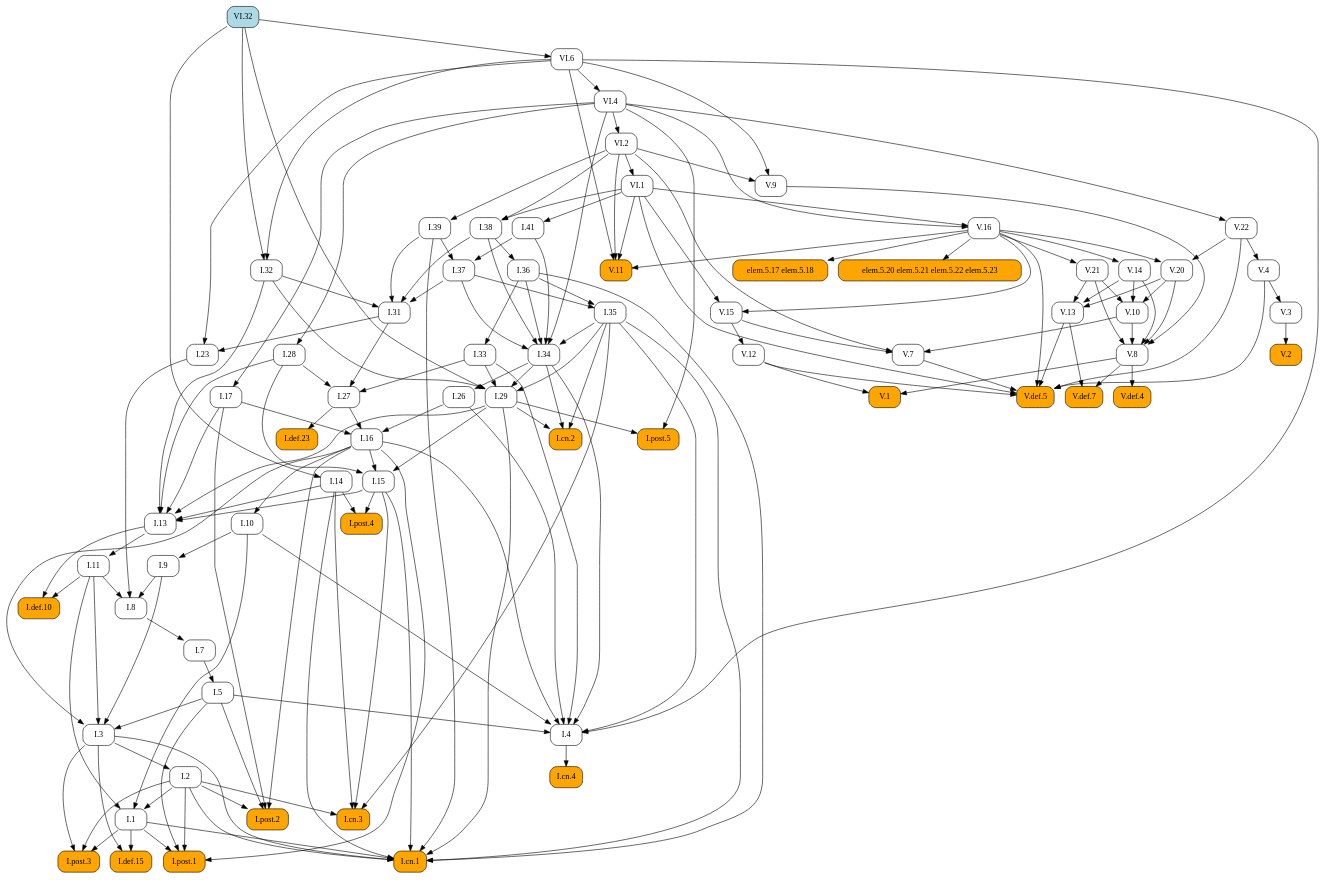
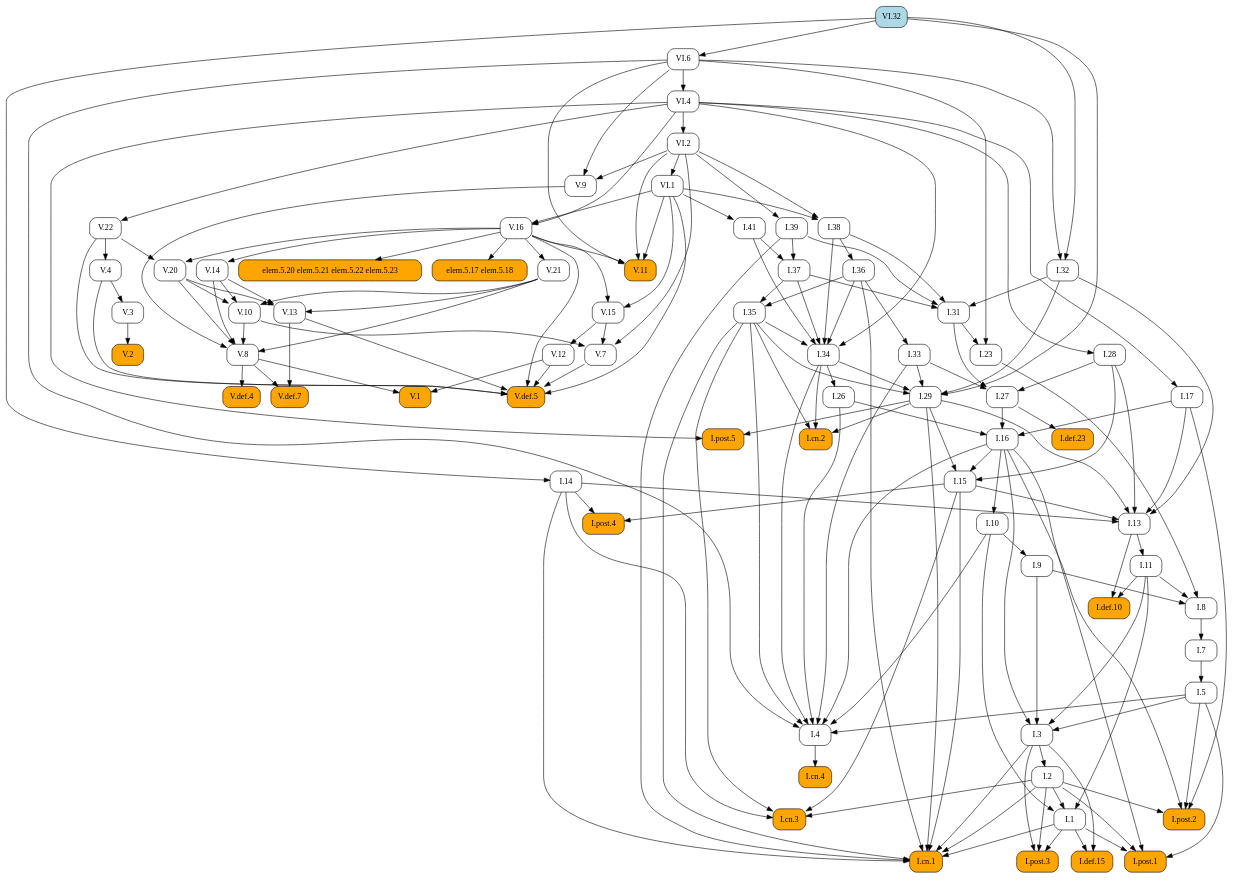
Before and after one commit to geometor/elements: the diagram in docsrc/elements2/VI/32/index.rst, drawn with Graphviz. The commit also changed other lines of this file and 171 other files, not shown here.

```diff
--- a/docsrc/elements2/VI/32/index.rst
+++ b/docsrc/elements2/VI/32/index.rst
@@ -84,159 +84,81 @@
    digraph {
      rankdir="TB";
      node [shape=box, style=rounded];
+     "I.8" [URL="/elements2/I/8/", target="_top"];
+     "V.20" [URL="/elements2/V/20/", target="_top"];
+     "I.36" [URL="/elements2/I/36/", target="_top"];
+     "V.def.5" [style="rounded,filled", fillcolor=orange, URL="/elements2/V/def.5/", target="_top"];
+     "I.38" [URL="/elements2/I/38/", target="_top"];
+     "I.post.5" [style="rounded,filled", fillcolor=orange, URL="/elements2/I/post.5/", target="_top"];
+     "I.def.10" [style="rounded,filled", fillcolor=orange, URL="/elements2/I/def.10/", target="_top"];
+     "I.cn.2" [style="rounded,filled", fillcolor=orange, URL="/elements2/I/cn.2/", target="_top"];
+     "I.31" [URL="/elements2/I/31/", target="_top"];
+     "I.post.2" [style="rounded,filled", fillcolor=orange, URL="/elements2/I/post.2/", target="_top"];
+     "I.def.23" [style="rounded,filled", fillcolor=orange, URL="/elements2/I/def.23/", target="_top"];
+     "I.26" [URL="/elements2/I/26/", target="_top"];
+     "V.3" [URL="/elements2/V/3/", target="_top"];
+     "I.cn.3" [style="rounded,filled", fillcolor=orange, URL="/elements2/I/cn.3/", target="_top"];
+     "V.2" [style="rounded,filled", fillcolor=orange, URL="/elements2/V/2/", target="_top"];
+     "V.12" [URL="/elements2/V/12/", target="_top"];
+     "V.22" [URL="/elements2/V/22/", target="_top"];
+     "VI.32" [style="rounded,filled", fillcolor=lightblue, URL="/elements2/VI/32/", target="_top"];
+     "I.41" [URL="/elements2/I/41/", target="_top"];
+     "I.35" [URL="/elements2/I/35/", target="_top"];
+     "I.28" [URL="/elements2/I/28/", target="_top"];
+     "I.27" [URL="/elements2/I/27/", target="_top"];
+     "I.4" [URL="/elements2/I/4/", target="_top"];
+     "V.8" [URL="/elements2/V/8/", target="_top"];
+     "VI.2" [URL="/elements2/VI/2/", target="_top"];
+     "I.39" [URL="/elements2/I/39/", target="_top"];
+     "I.15" [URL="/elements2/I/15/", target="_top"];
+     "I.34" [URL="/elements2/I/34/", target="_top"];
+     "I.post.3" [style="rounded,filled", fillcolor=orange, URL="/elements2/I/post.3/", target="_top"];
+     "I.32" [URL="/elements2/I/32/", target="_top"];
+     "V.def.4" [style="rounded,filled", fillcolor=orange, URL="/elements2/V/def.4/", target="_top"];
+     "I.14" [URL="/elements2/I/14/", target="_top"];
+     "I.post.1" [style="rounded,filled", fillcolor=orange, URL="/elements2/I/post.1/", target="_top"];
+     "I.33" [URL="/elements2/I/33/", target="_top"];
+     "I.5" [URL="/elements2/I/5/", target="_top"];
      "elem.5.17 elem.5.18" [style="rounded,filled", fillcolor=orange];
-     "V.7" [URL="/elements2/V/7/", target="_top"];
-     "I.32" [URL="/elements2/I/32/", target="_top"];
+     "VI.1" [URL="/elements2/VI/1/", target="_top"];
+     "V.11" [style="rounded,filled", fillcolor=orange, URL="/elements2/V/11/", target="_top"];
+     "V.13" [URL="/elements2/V/13/", target="_top"];
+     "V.9" [URL="/elements2/V/9/", target="_top"];
+     "V.16" [URL="/elements2/V/16/", target="_top"];
+     "I.def.15" [style="rounded,filled", fillcolor=orange, URL="/elements2/I/def.15/", target="_top"];
+     "V.15" [URL="/elements2/V/15/", target="_top"];
+     "I.11" [URL="/elements2/I/11/", target="_top"];
+     "I.3" [URL="/elements2/I/3/", target="_top"];
+     "V.14" [URL="/elements2/V/14/", target="_top"];
      "VI.4" [URL="/elements2/VI/4/", target="_top"];
+     "V.10" [URL="/elements2/V/10/", target="_top"];
+     "I.1" [URL="/elements2/I/1/", target="_top"];
      "I.cn.4" [style="rounded,filled", fillcolor=orange, URL="/elements2/I/cn.4/", target="_top"];
-     "I.post.3" [style="rounded,filled", fillcolor=orange, URL="/elements2/I/post.3/", target="_top"];
-     "V.22" [URL="/elements2/V/22/", target="_top"];
-     "V.def.7" [style="rounded,filled", fillcolor=orange, URL="/elements2/V/def.7/", target="_top"];
-     "I.41" [URL="/elements2/I/41/", target="_top"];
-     "I.27" [URL="/elements2/I/27/", target="_top"];
-     "I.post.2" [style="rounded,filled", fillcolor=orange, URL="/elements2/I/post.2/", target="_top"];
-     "I.13" [URL="/elements2/I/13/", target="_top"];
-     "I.10" [URL="/elements2/I/10/", target="_top"];
-     "I.post.1" [style="rounded,filled", fillcolor=orange, URL="/elements2/I/post.1/", target="_top"];
+     "I.23" [URL="/elements2/I/23/", target="_top"];
      "I.7" [URL="/elements2/I/7/", target="_top"];
-     "V.13" [URL="/elements2/V/13/", target="_top"];
-     "V.16" [URL="/elements2/V/16/", target="_top"];
-     "V.1" [style="rounded,filled", fillcolor=orange, URL="/elements2/V/1/", target="_top"];
-     "V.8" [URL="/elements2/V/8/", target="_top"];
-     "elem.5.20 elem.5.21 elem.5.22 elem.5.23" [style="rounded,filled", fillcolor=orange];
-     "I.9" [URL="/elements2/I/9/", target="_top"];
-     "I.8" [URL="/elements2/I/8/", target="_top"];
-     "I.38" [URL="/elements2/I/38/", target="_top"];
-     "I.15" [URL="/elements2/I/15/", target="_top"];
-     "I.23" [URL="/elements2/I/23/", target="_top"];
-     "I.26" [URL="/elements2/I/26/", target="_top"];
-     "V.4" [URL="/elements2/V/4/", target="_top"];
-     "VI.1" [URL="/elements2/VI/1/", target="_top"];
-     "I.1" [URL="/elements2/I/1/", target="_top"];
-     "I.3" [URL="/elements2/I/3/", target="_top"];
-     "I.cn.3" [style="rounded,filled", fillcolor=orange, URL="/elements2/I/cn.3/", target="_top"];
      "I.17" [URL="/elements2/I/17/", target="_top"];
      "VI.6" [URL="/elements2/VI/6/", target="_top"];
+     "I.9" [URL="/elements2/I/9/", target="_top"];
+     "V.1" [style="rounded,filled", fillcolor=orange, URL="/elements2/V/1/", target="_top"];
+     "I.cn.1" [style="rounded,filled", fillcolor=orange, URL="/elements2/I/cn.1/", target="_top"];
+     "I.29" [URL="/elements2/I/29/", target="_top"];
+     "I.post.4" [style="rounded,filled", fillcolor=orange, URL="/elements2/I/post.4/", target="_top"];
+     "I.16" [URL="/elements2/I/16/", target="_top"];
+     "I.13" [URL="/elements2/I/13/", target="_top"];
+     "V.21" [URL="/elements2/V/21/", target="_top"];
+     "elem.5.20 elem.5.21 elem.5.22 elem.5.23" [style="rounded,filled", fillcolor=orange];
+     "V.7" [URL="/elements2/V/7/", target="_top"];
+     "I.2" [URL="/elements2/I/2/", target="_top"];
      "I.37" [URL="/elements2/I/37/", target="_top"];
-     "I.def.10" [style="rounded,filled", fillcolor=orange, URL="/elements2/I/def.10/", target="_top"];
-     "VI.32" [style="rounded,filled", fillcolor=lightblue, URL="/elements2/VI/32/", target="_top"];
-     "I.34" [URL="/elements2/I/34/", target="_top"];
-     "V.def.5" [style="rounded,filled", fillcolor=orange, URL="/elements2/V/def.5/", target="_top"];
-     "I.def.15" [style="rounded,filled", fillcolor=orange, URL="/elements2/I/def.15/", target="_top"];
-     "I.28" [URL="/elements2/I/28/", target="_top"];
-     "I.36" [URL="/elements2/I/36/", target="_top"];
-     "V.10" [URL="/elements2/V/10/", target="_top"];
-     "V.14" [URL="/elements2/V/14/", target="_top"];
-     "V.15" [URL="/elements2/V/15/", target="_top"];
-     "I.14" [URL="/elements2/I/14/", target="_top"];
-     "I.11" [URL="/elements2/I/11/", target="_top"];
-     "I.4" [URL="/elements2/I/4/", target="_top"];
-     "I.16" [URL="/elements2/I/16/", target="_top"];
-     "I.def.23" [style="rounded,filled", fillcolor=orange, URL="/elements2/I/def.23/", target="_top"];
-     "V.21" [URL="/elements2/V/21/", target="_top"];
-     "I.2" [URL="/elements2/I/2/", target="_top"];
-     "I.cn.2" [style="rounded,filled", fillcolor=orange, URL="/elements2/I/cn.2/", target="_top"];
-     "I.post.5" [style="rounded,filled", fillcolor=orange, URL="/elements2/I/post.5/", target="_top"];
-     "VI.2" [URL="/elements2/VI/2/", target="_top"];
-     "V.3" [URL="/elements2/V/3/", target="_top"];
-     "V.def.4" [style="rounded,filled", fillcolor=orange, URL="/elements2/V/def.4/", target="_top"];
-     "I.35" [URL="/elements2/I/35/", target="_top"];
-     "V.11" [style="rounded,filled", fillcolor=orange, URL="/elements2/V/11/", target="_top"];
-     "V.2" [style="rounded,filled", fillcolor=orange, URL="/elements2/V/2/", target="_top"];
-     "I.31" [URL="/elements2/I/31/", target="_top"];
-     "I.33" [URL="/elements2/I/33/", target="_top"];
-     "I.post.4" [style="rounded,filled", fillcolor=orange, URL="/elements2/I/post.4/", target="_top"];
-     "I.39" [URL="/elements2/I/39/", target="_top"];
-     "I.cn.1" [style="rounded,filled", fillcolor=orange, URL="/elements2/I/cn.1/", target="_top"];
-     "V.9" [URL="/elements2/V/9/", target="_top"];
-     "I.29" [URL="/elements2/I/29/", target="_top"];
-     "I.5" [URL="/elements2/I/5/", target="_top"];
-     "V.12" [URL="/elements2/V/12/", target="_top"];
-     "V.20" [URL="/elements2/V/20/", target="_top"];
-     "V.16" -> "elem.5.17 elem.5.18";
-     "V.10" -> "V.7";
-     "V.15" -> "V.7";
-     "VI.2" -> "V.7";
-     "VI.6" -> "I.32";
-     "VI.32" -> "I.32";
-     "VI.6" -> "VI.4";
-     "I.4" -> "I.cn.4";
-     "I.1" -> "I.post.3";
-     "I.2" -> "I.post.3";
-     "I.3" -> "I.post.3";
-     "VI.4" -> "V.22";
-     "V.8" -> "V.def.7";
-     "V.13" -> "V.def.7";
-     "VI.1" -> "I.41";
-     "I.28" -> "I.27";
-     "I.31" -> "I.27";
-     "I.33" -> "I.27";
-     "I.2" -> "I.post.2";
-     "I.5" -> "I.post.2";
-     "I.16" -> "I.post.2";
-     "I.17" -> "I.post.2";
-     "I.14" -> "I.13";
-     "I.15" -> "I.13";
-     "I.17" -> "I.13";
-     "I.28" -> "I.13";
-     "I.29" -> "I.13";
-     "I.32" -> "I.13";
-     "I.16" -> "I.10";
-     "I.1" -> "I.post.1";
-     "I.2" -> "I.post.1";
-     "I.5" -> "I.post.1";
-     "I.16" -> "I.post.1";
-     "I.8" -> "I.7";
-     "V.14" -> "V.13";
-     "V.20" -> "V.13";
-     "V.21" -> "V.13";
-     "VI.1" -> "V.16";
-     "VI.4" -> "V.16";
-     "V.8" -> "V.1";
-     "V.12" -> "V.1";
-     "V.9" -> "V.8";
-     "V.10" -> "V.8";
-     "V.14" -> "V.8";
-     "V.20" -> "V.8";
-     "V.21" -> "V.8";
-     "V.16" -> "elem.5.20 elem.5.21 elem.5.22 elem.5.23";
-     "I.10" -> "I.9";
+     "I.10" [URL="/elements2/I/10/", target="_top"];
+     "V.def.7" [style="rounded,filled", fillcolor=orange, URL="/elements2/V/def.7/", target="_top"];
+     "V.4" [URL="/elements2/V/4/", target="_top"];
      "I.9" -> "I.8";
      "I.11" -> "I.8";
      "I.23" -> "I.8";
-     "VI.1" -> "I.38";
-     "VI.2" -> "I.38";
-     "I.16" -> "I.15";
-     "I.28" -> "I.15";
-     "I.29" -> "I.15";
-     "I.31" -> "I.23";
-     "VI.6" -> "I.23";
-     "I.34" -> "I.26";
-     "V.22" -> "V.4";
-     "VI.2" -> "VI.1";
-     "I.2" -> "I.1";
-     "I.10" -> "I.1";
-     "I.11" -> "I.1";
-     "I.5" -> "I.3";
-     "I.9" -> "I.3";
-     "I.11" -> "I.3";
-     "I.16" -> "I.3";
-     "I.2" -> "I.cn.3";
-     "I.14" -> "I.cn.3";
-     "I.15" -> "I.cn.3";
-     "I.35" -> "I.cn.3";
-     "VI.4" -> "I.17";
-     "VI.32" -> "VI.6";
-     "I.39" -> "I.37";
-     "I.41" -> "I.37";
-     "I.11" -> "I.def.10";
-     "I.13" -> "I.def.10";
-     "I.35" -> "I.34";
-     "I.36" -> "I.34";
-     "I.37" -> "I.34";
-     "I.38" -> "I.34";
-     "I.41" -> "I.34";
-     "VI.4" -> "I.34";
+     "V.16" -> "V.20";
+     "V.22" -> "V.20";
+     "I.38" -> "I.36";
      "V.4" -> "V.def.5";
      "V.7" -> "V.def.5";
      "V.12" -> "V.def.5";
@@ -244,18 +166,40 @@
      "V.16" -> "V.def.5";
      "V.22" -> "V.def.5";
      "VI.1" -> "V.def.5";
-     "I.1" -> "I.def.15";
-     "I.3" -> "I.def.15";
+     "VI.1" -> "I.38";
+     "VI.2" -> "I.38";
+     "I.29" -> "I.post.5";
+     "VI.4" -> "I.post.5";
+     "I.11" -> "I.def.10";
+     "I.13" -> "I.def.10";
+     "I.29" -> "I.cn.2";
+     "I.34" -> "I.cn.2";
+     "I.35" -> "I.cn.2";
+     "I.32" -> "I.31";
+     "I.37" -> "I.31";
+     "I.38" -> "I.31";
+     "I.39" -> "I.31";
+     "I.2" -> "I.post.2";
+     "I.5" -> "I.post.2";
+     "I.16" -> "I.post.2";
+     "I.17" -> "I.post.2";
+     "I.27" -> "I.def.23";
+     "I.34" -> "I.26";
+     "V.4" -> "V.3";
+     "I.2" -> "I.cn.3";
+     "I.14" -> "I.cn.3";
+     "I.15" -> "I.cn.3";
+     "I.35" -> "I.cn.3";
+     "V.3" -> "V.2";
+     "V.15" -> "V.12";
+     "VI.4" -> "V.22";
+     "VI.1" -> "I.41";
+     "I.36" -> "I.35";
+     "I.37" -> "I.35";
      "VI.4" -> "I.28";
-     "I.38" -> "I.36";
-     "V.14" -> "V.10";
-     "V.20" -> "V.10";
-     "V.21" -> "V.10";
-     "V.16" -> "V.14";
-     "V.16" -> "V.15";
-     "VI.1" -> "V.15";
-     "VI.32" -> "I.14";
-     "I.13" -> "I.11";
+     "I.28" -> "I.27";
+     "I.31" -> "I.27";
+     "I.33" -> "I.27";
      "I.5" -> "I.4";
      "I.10" -> "I.4";
      "I.16" -> "I.4";
@@ -264,35 +208,74 @@
      "I.34" -> "I.4";
      "I.35" -> "I.4";
      "VI.6" -> "I.4";
-     "I.17" -> "I.16";
-     "I.26" -> "I.16";
-     "I.27" -> "I.16";
-     "I.27" -> "I.def.23";
-     "V.16" -> "V.21";
-     "I.3" -> "I.2";
-     "I.29" -> "I.cn.2";
-     "I.34" -> "I.cn.2";
-     "I.35" -> "I.cn.2";
-     "I.29" -> "I.post.5";
-     "VI.4" -> "I.post.5";
+     "V.9" -> "V.8";
+     "V.10" -> "V.8";
+     "V.14" -> "V.8";
+     "V.20" -> "V.8";
+     "V.21" -> "V.8";
      "VI.4" -> "VI.2";
-     "V.4" -> "V.3";
+     "VI.2" -> "I.39";
+     "I.16" -> "I.15";
+     "I.28" -> "I.15";
+     "I.29" -> "I.15";
+     "I.35" -> "I.34";
+     "I.36" -> "I.34";
+     "I.37" -> "I.34";
+     "I.38" -> "I.34";
+     "I.41" -> "I.34";
+     "VI.4" -> "I.34";
+     "I.1" -> "I.post.3";
+     "I.2" -> "I.post.3";
+     "I.3" -> "I.post.3";
+     "VI.6" -> "I.32";
+     "VI.32" -> "I.32";
      "V.8" -> "V.def.4";
-     "I.36" -> "I.35";
-     "I.37" -> "I.35";
+     "VI.32" -> "I.14";
+     "I.1" -> "I.post.1";
+     "I.2" -> "I.post.1";
+     "I.5" -> "I.post.1";
+     "I.16" -> "I.post.1";
+     "I.36" -> "I.33";
+     "I.7" -> "I.5";
+     "V.16" -> "elem.5.17 elem.5.18";
+     "VI.2" -> "VI.1";
      "V.16" -> "V.11";
      "VI.1" -> "V.11";
      "VI.2" -> "V.11";
      "VI.6" -> "V.11";
-     "V.3" -> "V.2";
-     "I.32" -> "I.31";
-     "I.37" -> "I.31";
-     "I.38" -> "I.31";
-     "I.39" -> "I.31";
-     "I.36" -> "I.33";
-     "I.14" -> "I.post.4";
-     "I.15" -> "I.post.4";
-     "VI.2" -> "I.39";
+     "V.14" -> "V.13";
+     "V.20" -> "V.13";
+     "V.21" -> "V.13";
+     "VI.2" -> "V.9";
+     "VI.6" -> "V.9";
+     "VI.1" -> "V.16";
+     "VI.4" -> "V.16";
+     "I.1" -> "I.def.15";
+     "I.3" -> "I.def.15";
+     "V.16" -> "V.15";
+     "VI.1" -> "V.15";
+     "I.13" -> "I.11";
+     "I.5" -> "I.3";
+     "I.9" -> "I.3";
+     "I.11" -> "I.3";
+     "I.16" -> "I.3";
+     "V.16" -> "V.14";
+     "VI.6" -> "VI.4";
+     "V.14" -> "V.10";
+     "V.20" -> "V.10";
+     "V.21" -> "V.10";
+     "I.2" -> "I.1";
+     "I.10" -> "I.1";
+     "I.11" -> "I.1";
+     "I.4" -> "I.cn.4";
+     "I.31" -> "I.23";
+     "VI.6" -> "I.23";
+     "I.8" -> "I.7";
+     "VI.4" -> "I.17";
+     "VI.32" -> "VI.6";
+     "I.10" -> "I.9";
+     "V.8" -> "V.1";
+     "V.12" -> "V.1";
      "I.1" -> "I.cn.1";
      "I.2" -> "I.cn.1";
      "I.3" -> "I.cn.1";
@@ -302,15 +285,32 @@
      "I.35" -> "I.cn.1";
      "I.36" -> "I.cn.1";
      "I.39" -> "I.cn.1";
-     "VI.2" -> "V.9";
-     "VI.6" -> "V.9";
      "I.32" -> "I.29";
      "I.33" -> "I.29";
      "I.34" -> "I.29";
      "I.35" -> "I.29";
      "VI.32" -> "I.29";
-     "I.7" -> "I.5";
-     "V.15" -> "V.12";
-     "V.16" -> "V.20";
-     "V.22" -> "V.20";
+     "I.14" -> "I.post.4";
+     "I.15" -> "I.post.4";
+     "I.17" -> "I.16";
+     "I.26" -> "I.16";
+     "I.27" -> "I.16";
+     "I.14" -> "I.13";
+     "I.15" -> "I.13";
+     "I.17" -> "I.13";
+     "I.28" -> "I.13";
+     "I.29" -> "I.13";
+     "I.32" -> "I.13";
+     "V.16" -> "V.21";
+     "V.16" -> "elem.5.20 elem.5.21 elem.5.22 elem.5.23";
+     "V.10" -> "V.7";
+     "V.15" -> "V.7";
+     "VI.2" -> "V.7";
+     "I.3" -> "I.2";
+     "I.39" -> "I.37";
+     "I.41" -> "I.37";
+     "I.16" -> "I.10";
+     "V.8" -> "V.def.7";
+     "V.13" -> "V.def.7";
+     "V.22" -> "V.4";
    }
```
